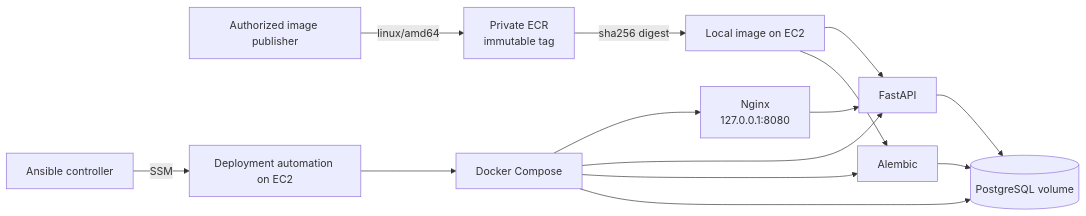
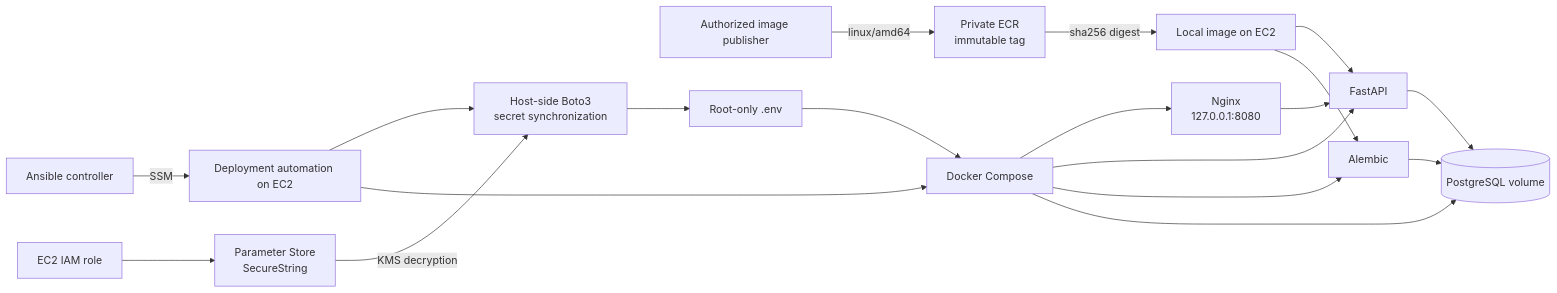
The fifth of 5 diagrams in docs/architecture.md (Orlando-Alvarez/Ticket-API), drawn with Mermaid before and after one commit. The commit also changed other lines of this file and 6 other files, not shown here.

````diff
--- a/docs/architecture.md
+++ b/docs/architecture.md
@@ -203,16 +207,21 @@
 ```mermaid
 flowchart LR
     Publisher[Authorized image publisher] -->|linux/amd64| ECR[Private ECR<br/>immutable tag]
     ECR -->|sha256 digest| Image[Local image on EC2]
     Ansible[Ansible controller] -->|SSM| Deploy[Deployment automation on EC2]
+    Deploy --> Sync[Host-side Boto3<br/>secret synchronization]
+    Role[EC2 IAM role] --> Parameters[Parameter Store<br/>SecureString]
+    Parameters -->|KMS decryption| Sync
+    Sync --> Env[Root-only .env]
     Image --> API[FastAPI]
     Image --> Migrate[Alembic]
     Deploy --> Compose[Docker Compose]
+    Env --> Compose
     Compose --> Nginx[Nginx<br/>127.0.0.1:8080]
     Compose --> API
     Compose --> Migrate
     Compose --> DB[(PostgreSQL volume)]
     Nginx --> API
     API --> DB
     Migrate --> DB
 ```
````
